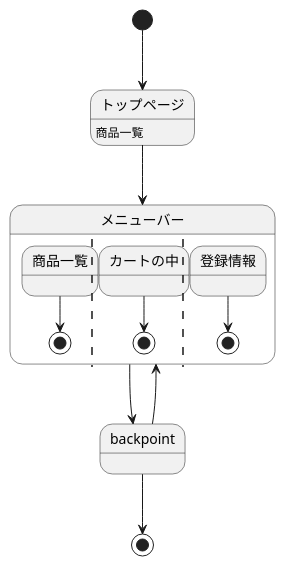
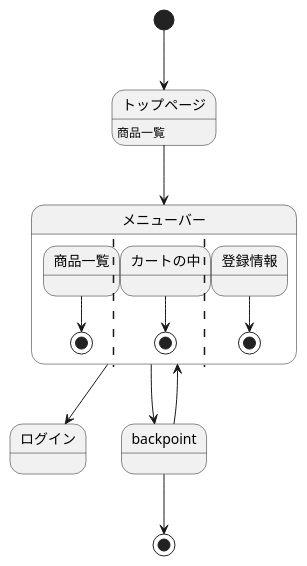
The diagram in sample/StateMachine.md (Aso2001385/2021sys-design), drawn with PlantUML before and after one commit.

````diff
--- a/sample/StateMachine.md
+++ b/sample/StateMachine.md
@@ -1,19 +1,20 @@
 ```uml
 @startuml
 
 [*] --> トップページ
 トップページ: 商品一覧
 トップページ --> メニューバー
 state メニューバー {
  商品一覧 --> [*]
  ||
  カートの中 --> [*]
  ||
  登録情報 --> [*]
 }
+メニューバー --> ログイン
 メニューバー --> backpoint
 backpoint --> メニューバー
 backpoint --> [*]
 
 @enduml
 ```
````
